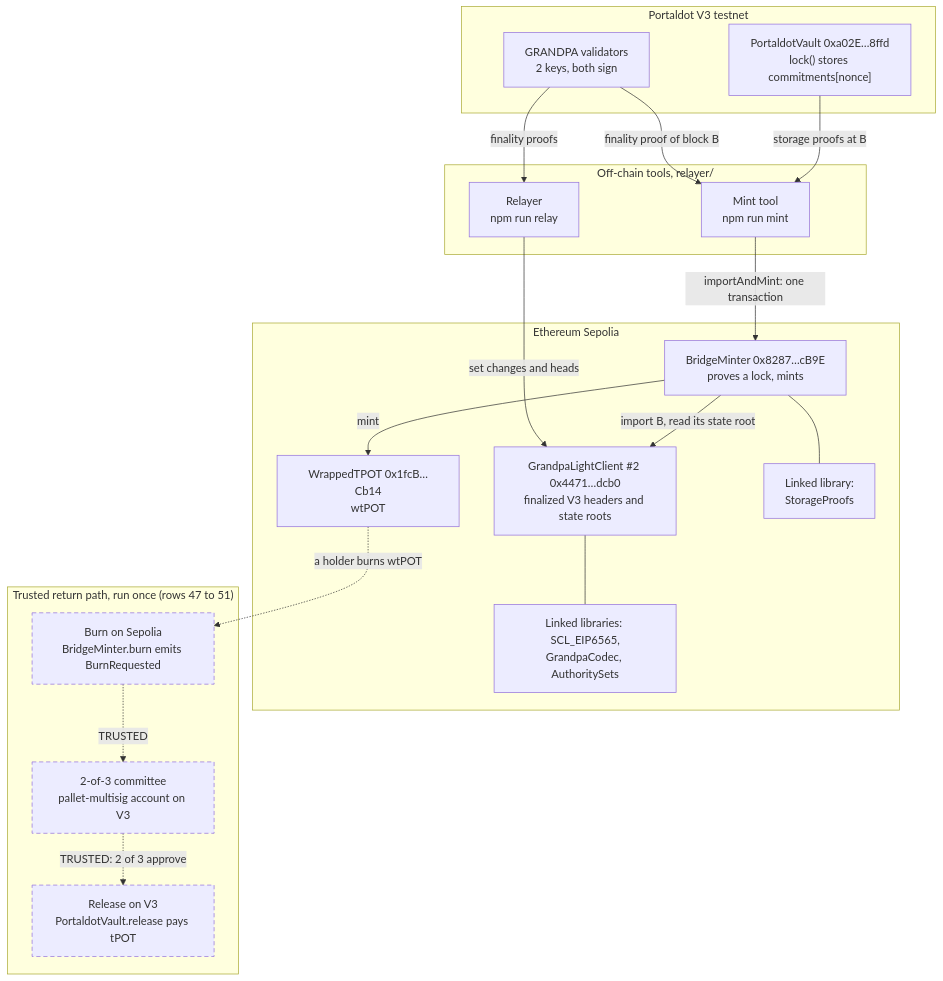
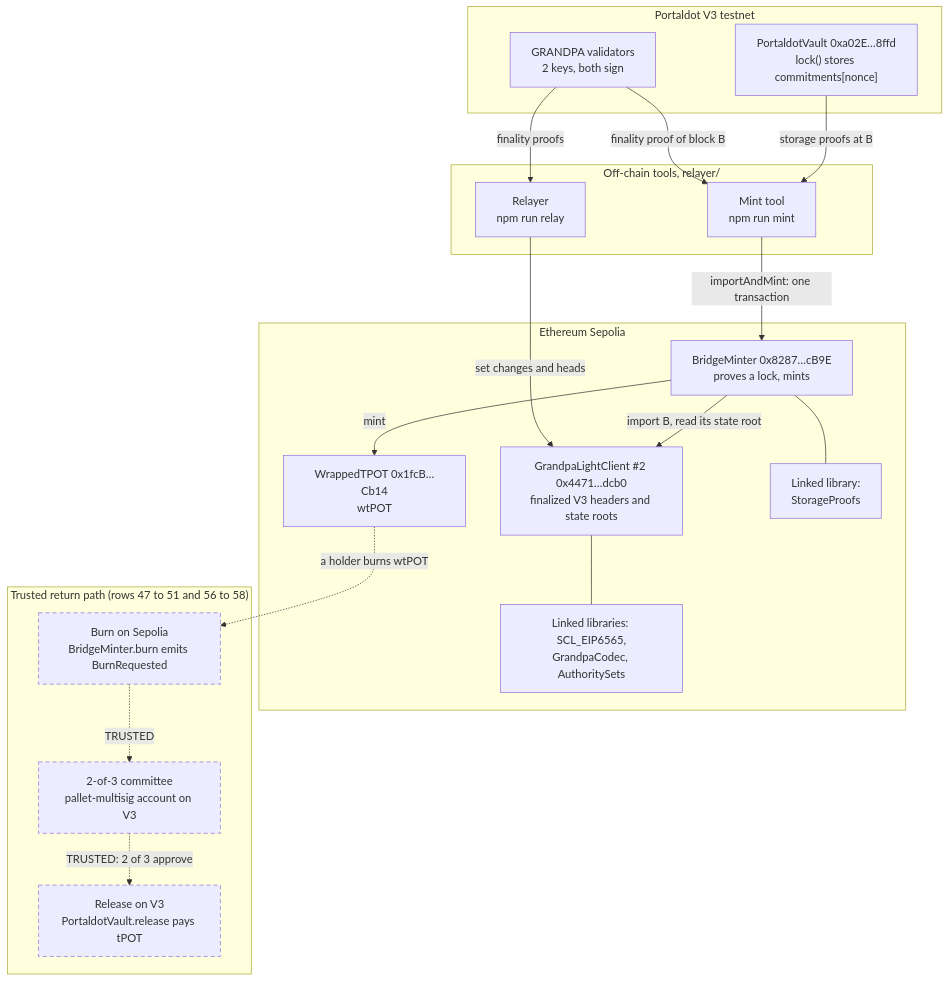
The first of 2 diagrams in README.md (jonathan-moore58/bridge-zero), drawn with Mermaid before and after one commit. The commit also changed other lines of this file and 7 other files, not shown here.

````diff
--- a/README.md
+++ b/README.md
@@ -60,42 +62,42 @@
 ```mermaid
 flowchart TB
     subgraph V3["Portaldot V3 testnet"]
         VAL["GRANDPA validators<br/>2 keys, both sign"]
         VAULT["PortaldotVault 0xa02E…8ffd<br/>lock() stores commitments[nonce]"]
     end
 
     subgraph OFF["Off-chain tools, relayer/"]
         RELAY["Relayer<br/>npm run relay"]
         TOOL["Mint tool<br/>npm run mint"]
     end
 
     subgraph SEP["Ethereum Sepolia"]
         LC["GrandpaLightClient #2 0x4471…dcb0<br/>finalized V3 headers and state roots"]
         BM["BridgeMinter 0x8287…cB9E<br/>proves a lock, mints"]
         WT["WrappedTPOT 0x1fcB…Cb14<br/>wtPOT"]
         LIB["Linked libraries: SCL_EIP6565,<br/>GrandpaCodec, AuthoritySets"]
         SP["Linked library:<br/>StorageProofs"]
     end
 
-    subgraph RET["Trusted return path, run once (rows 47 to 51)"]
+    subgraph RET["Trusted return path (rows 47 to 51 and 56 to 58)"]
         BURN["Burn on Sepolia<br/>BridgeMinter.burn emits BurnRequested"]
         COMM["2-of-3 committee<br/>pallet-multisig account on V3"]
         REL["Release on V3<br/>PortaldotVault.release pays tPOT"]
     end
 
     VAL -->|"finality proofs"| RELAY
     VAL -->|"finality proof of block B"| TOOL
     VAULT -->|"storage proofs at B"| TOOL
     RELAY -->|"set changes and heads"| LC
     TOOL -->|"importAndMint: one transaction"| BM
     BM -->|"import B, read its state root"| LC
     BM -->|"mint"| WT
     LC --- LIB
     BM --- SP
     WT -.->|"a holder burns wtPOT"| BURN
     BURN -.->|"TRUSTED"| COMM
     COMM -.->|"TRUSTED: 2 of 3 approve"| REL
 
     classDef trusted stroke-dasharray: 6 4
     class BURN,COMM,REL trusted
 ```
````
